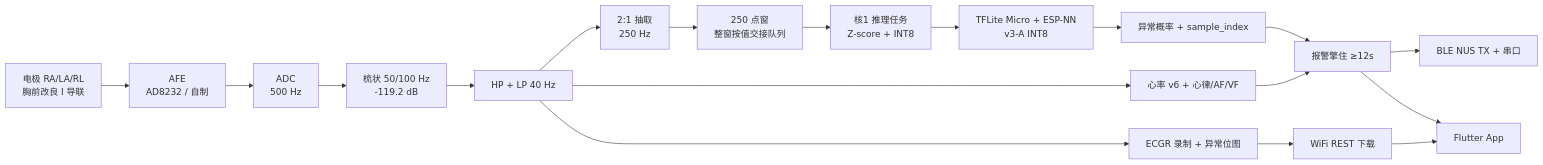
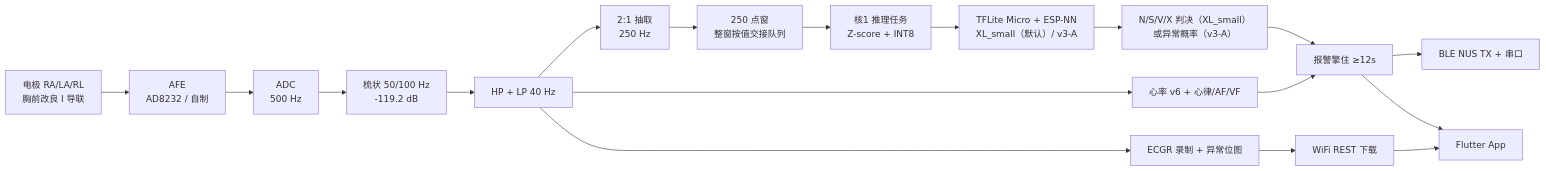
The diagram in README.md (stevenson2/ecg-programme-tju-flex.electron), drawn with Mermaid before and after one commit. The commit also changed other lines of this file and 1 other file, not shown here.

````diff
--- a/README.md
+++ b/README.md
@@ -120,20 +121,20 @@
 ```mermaid
 flowchart LR
     A[电极 RA/LA/RL<br/>胸前改良 I 导联] --> B[AFE<br/>AD8232 / 自制]
     B --> C[ADC<br/>500 Hz]
     C --> D[梳状 50/100 Hz<br/>-119.2 dB]
     D --> E[HP + LP 40 Hz]
     E --> F[心率 v6 + 心律/AF/VF]
     E --> G[2:1 抽取<br/>250 Hz]
     G --> H[250 点窗<br/>整窗按值交接队列]
     H --> I1[核1 推理任务<br/>Z-score + INT8]
-    I1 --> J[TFLite Micro + ESP-NN<br/>v3-A INT8]
-    J --> K[异常概率 + sample_index]
+    I1 --> J[TFLite Micro + ESP-NN<br/>XL_small（默认）/ v3-A]
+    J --> K[N/S/V/X 判决（XL_small）<br/>或异常概率（v3-A）]
     K --> L[报警擎住 ≥12s]
     E --> M[ECGR 录制 + 异常位图]
     F --> L
     L --> N[BLE NUS TX + 串口]
     M --> O[WiFi REST 下载]
     L --> P[Flutter App]
     O --> P
 ```
````
